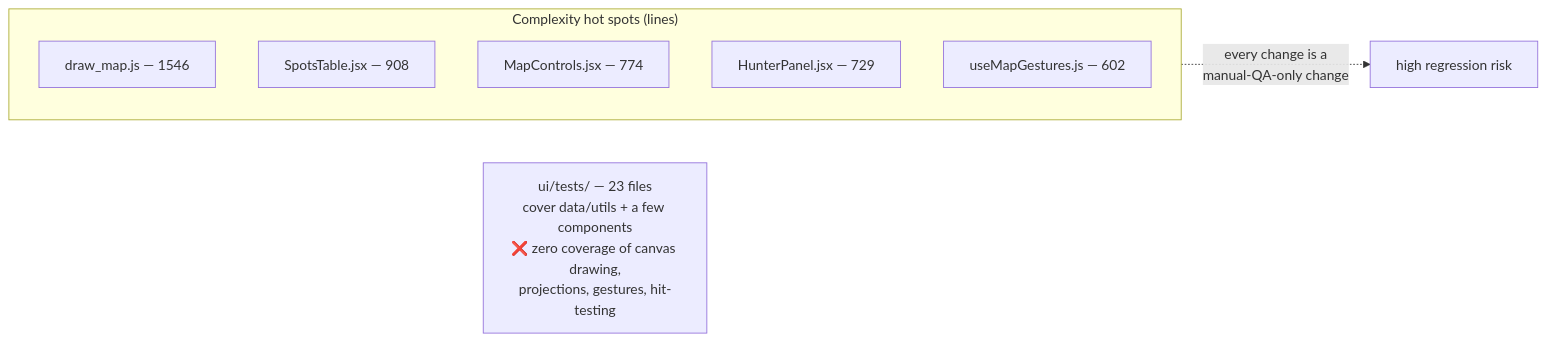
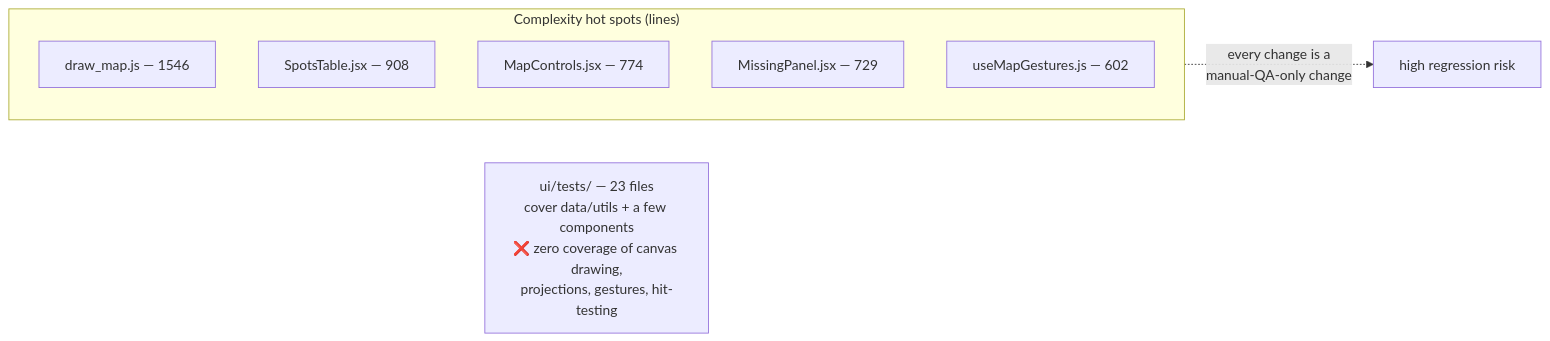
Before and after one commit to iarc-il/HolyCluster: the eighth of 9 diagrams in docs/IMPROVEMENTS.md, drawn with Mermaid. The commit also changed 30 other files, not shown here.

Commit message:
Finish renaming Hunter to Missing

````diff
--- a/docs/IMPROVEMENTS.md
+++ b/docs/IMPROVEMENTS.md
@@ -249,12 +249,12 @@
 ```mermaid
 flowchart LR
     subgraph HOT["Complexity hot spots (lines)"]
         DM["draw_map.js — 1546"]
         ST["SpotsTable.jsx — 908"]
         MC["MapControls.jsx — 774"]
-        HP["HunterPanel.jsx — 729"]
+        HP["MissingPanel.jsx — 729"]
         MG["useMapGestures.js — 602"]
     end
     TESTS["ui/tests/ — 23 files<br/>cover data/utils + a few components<br/>❌ zero coverage of canvas drawing,<br/>projections, gestures, hit-testing"]
     HOT -.->|"every change is a<br/>manual-QA-only change"| RISK["high regression risk"]
 ```
````
